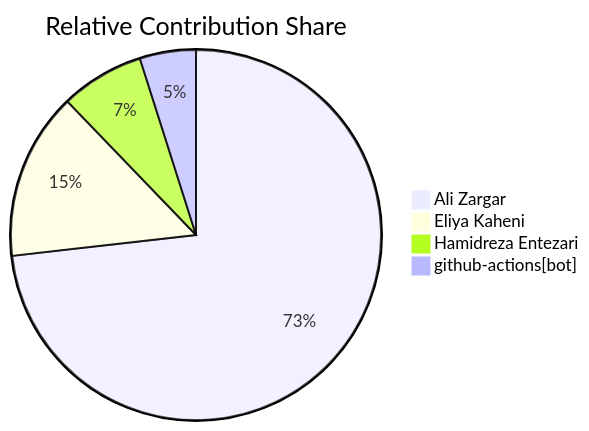
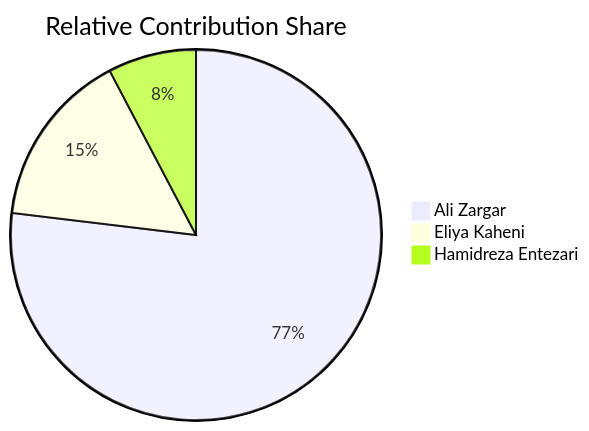
One commit to 0ALI0ZARGAR0/c-minus-compiler changed the first of 5 diagrams in README.md. Above: the diagram before and after it, drawn with Mermaid. The commit also changed other lines of this file and 5 other files, not shown here.

Commit message:
Refine README mermaid architecture views

````diff
--- a/README.md
+++ b/README.md
@@ -52,8 +51,7 @@
 ```mermaid
 pie
     title Relative Contribution Share
-    "Ali Zargar" : 73.2
-    "Eliya Kaheni" : 14.6
-    "Hamidreza Entezari" : 7.3
-    "github-actions[bot]" : 4.9
+    "Ali Zargar" : 76.9
+    "Eliya Kaheni" : 15.4
+    "Hamidreza Entezari" : 7.7
 ```
````
